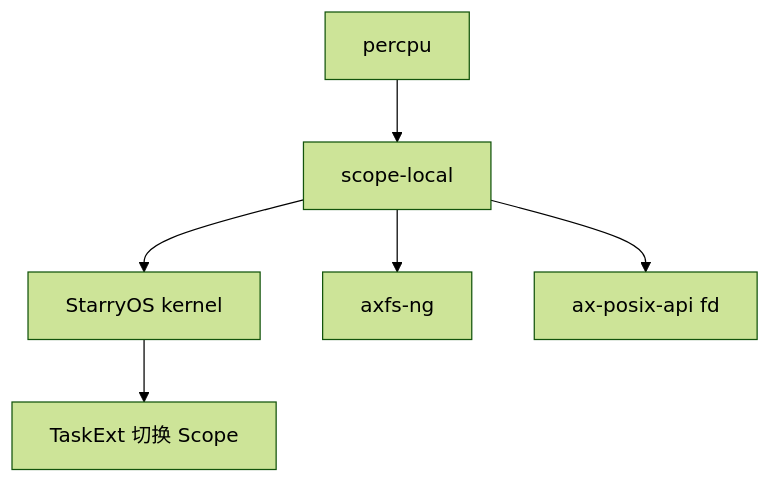
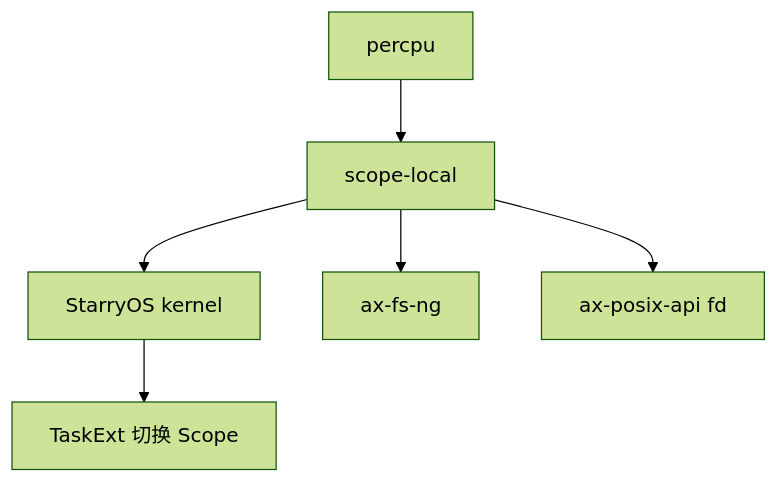
The diagram in docs/crates/scope-local.md (zKurisu/tgoskits), drawn with Mermaid (forest theme) before and after one commit. The commit also changed other lines of this file and 37 other files, not shown here.

````diff
--- a/docs/crates/scope-local.md
+++ b/docs/crates/scope-local.md
@@ -131,9 +131,9 @@
 ```mermaid
 graph TD
     A[scope-local]
     B[percpu] --> A
     A --> C[StarryOS kernel]
-    A --> D[axfs-ng]
+    A --> D[ax-fs-ng]
     A --> E[ax-posix-api fd]
     C --> F[TaskExt 切换 Scope]
 ```
````
